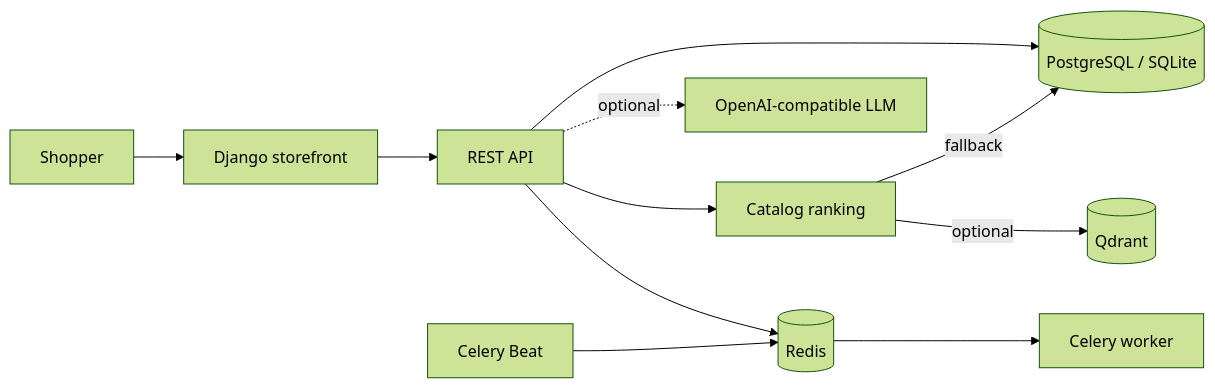
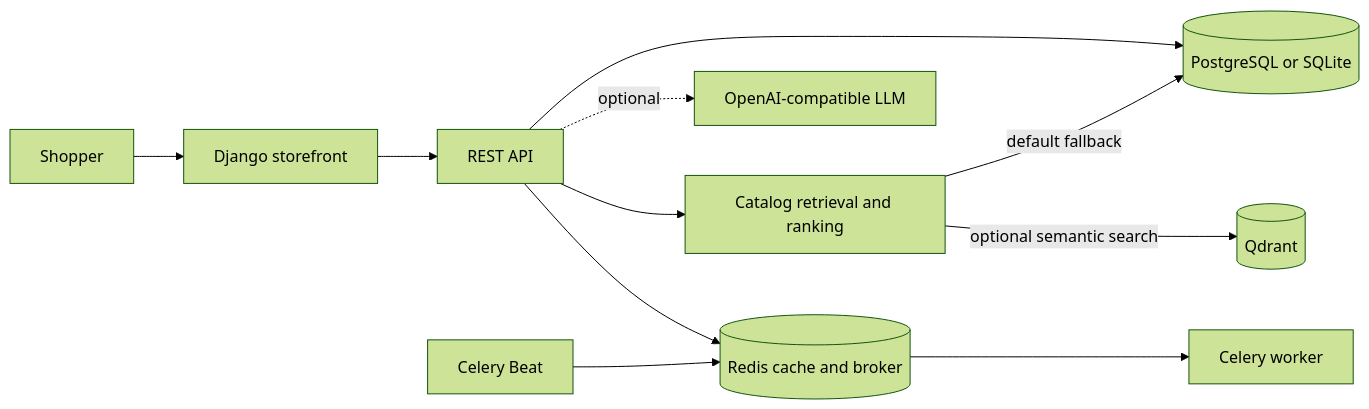
One commit to Mhdjamadi1994/Riva_ai_shop changed the diagram in README.md. Above: the diagram before and after it, drawn with Mermaid (forest theme). The commit also changed other lines of this file, not shown here.

````diff
--- a/README.md
+++ b/README.md
@@ -70,13 +89,13 @@
 ```mermaid
 flowchart LR
-    Shopper --> Storefront[Django storefront]
-    Storefront --> API[REST API]
-    API --> DB[(PostgreSQL / SQLite)]
-    API --> Search[Catalog ranking]
-    Search -->|optional| Vectors[(Qdrant)]
-    Search -->|fallback| DB
+    Shopper --> Web[Django storefront]
+    Web --> API[REST API]
+    API --> DB[(PostgreSQL or SQLite)]
+    API --> Rank[Catalog retrieval and ranking]
+    Rank -->|optional semantic search| Qdrant[(Qdrant)]
+    Rank -->|default fallback| DB
     API -. optional .-> LLM[OpenAI-compatible LLM]
-    API --> Redis[(Redis)]
+    API --> Redis[(Redis cache and broker)]
     Redis --> Worker[Celery worker]
     Beat[Celery Beat] --> Redis
 ```
````
